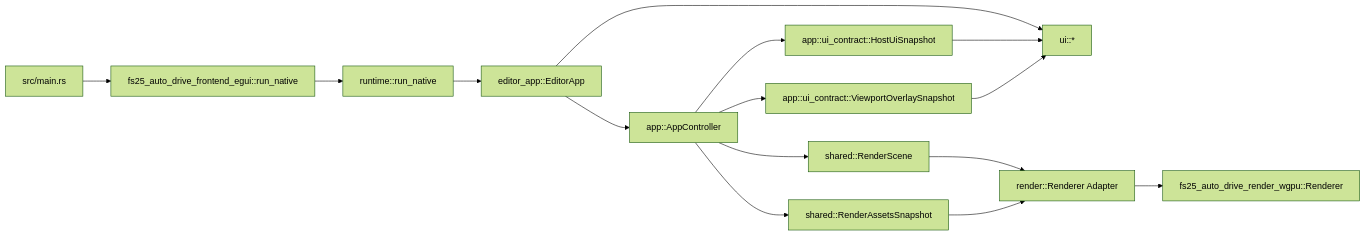
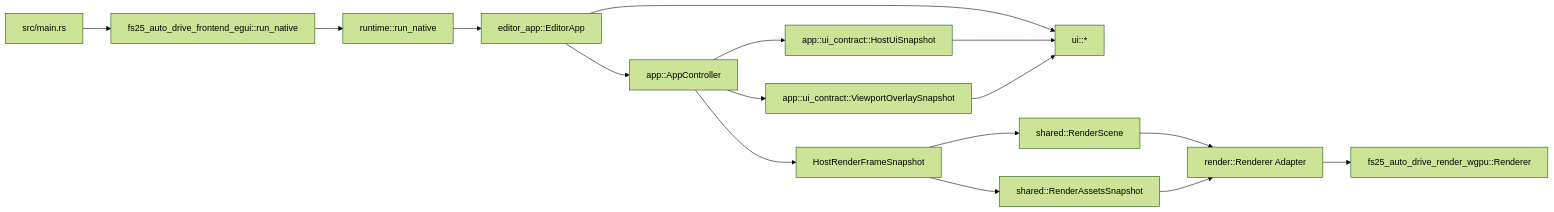
The diagram in crates/fs25_auto_drive_frontend_egui/API.md (mro68/fs25_ad_editor), drawn with Mermaid (forest theme) before and after one commit. The commit also changed other lines of this file and 6 other files, not shown here.

Commit message:
refactor: couple egui rendering to render frame

````diff
--- a/crates/fs25_auto_drive_frontend_egui/API.md
+++ b/crates/fs25_auto_drive_frontend_egui/API.md
@@ -72,17 +72,18 @@
 ```mermaid
 flowchart LR
 	MAIN[src/main.rs] --> ENTRY[fs25_auto_drive_frontend_egui::run_native]
 	ENTRY --> RUNTIME[runtime::run_native]
 	RUNTIME --> EDITOR[editor_app::EditorApp]
 	EDITOR --> UI[ui::*]
 	EDITOR --> CTRL[app::AppController]
 	CTRL --> HOSTUI[app::ui_contract::HostUiSnapshot]
 	CTRL --> OVERLAY[app::ui_contract::ViewportOverlaySnapshot]
-	CTRL --> SCENE[shared::RenderScene]
-	CTRL --> ASSETS[shared::RenderAssetsSnapshot]
+	CTRL --> FRAME[HostRenderFrameSnapshot]
+	FRAME --> SCENE[shared::RenderScene]
+	FRAME --> ASSETS[shared::RenderAssetsSnapshot]
 	HOSTUI --> UI
 	OVERLAY --> UI
 	SCENE --> RENDER[render::Renderer Adapter]
 	ASSETS --> RENDER
 	RENDER --> CORE[fs25_auto_drive_render_wgpu::Renderer]
 ```
````
